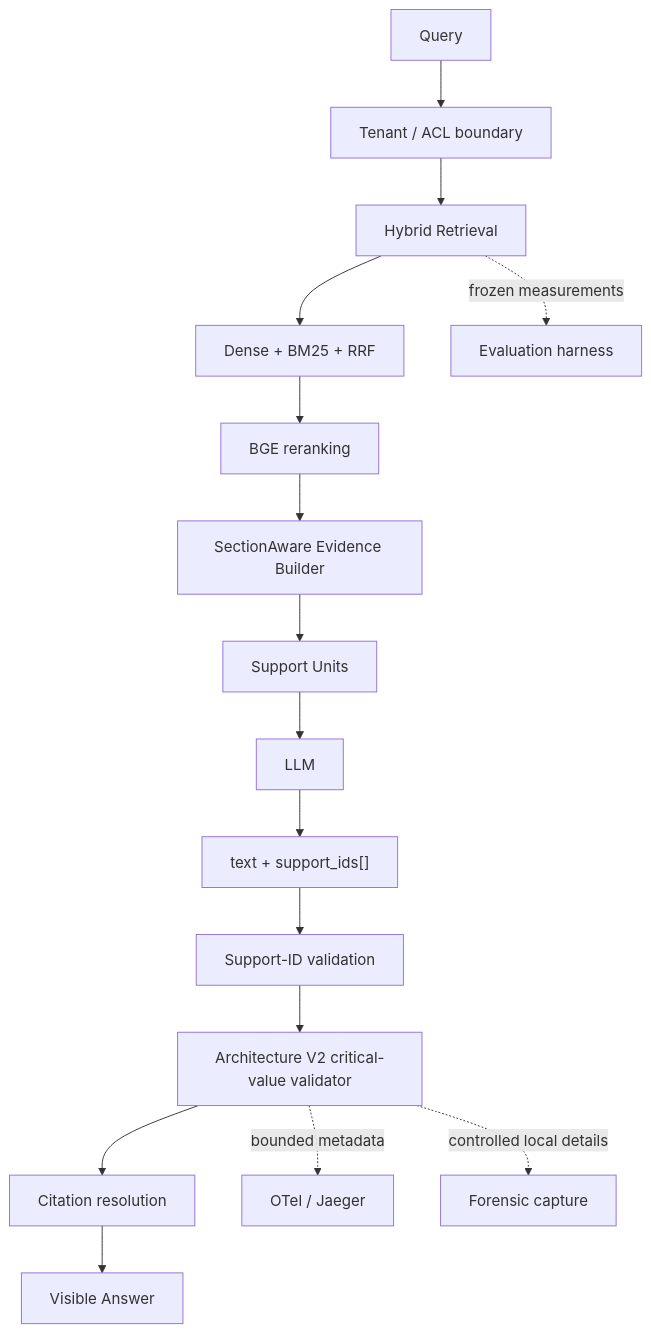
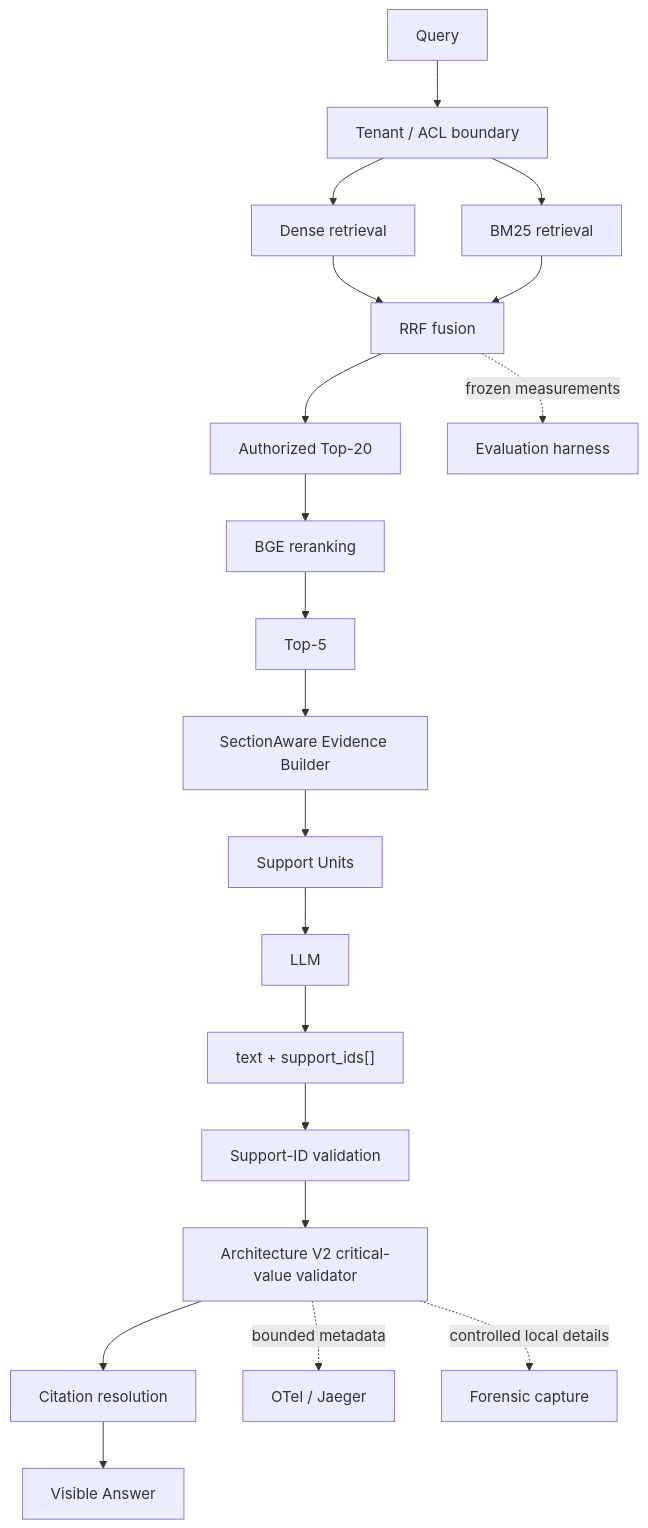
The diagram in README.md (negativexq/knowledge-base-rag), drawn with Mermaid before and after one commit. The commit also changed other lines of this file, not shown here.

````diff
--- a/README.md
+++ b/README.md
@@ -64,19 +89,23 @@
 ```mermaid
 flowchart TD
     Query[Query] --> ACL[Tenant / ACL boundary]
-    ACL --> Retrieve[Hybrid Retrieval]
-    Retrieve --> Dense[Dense + BM25 + RRF]
-    Dense --> Rerank[BGE reranking]
-    Rerank --> Evidence[SectionAware Evidence Builder]
+    ACL --> Dense[Dense retrieval]
+    ACL --> BM25[BM25 retrieval]
+    Dense --> RRF[RRF fusion]
+    BM25 --> RRF
+    RRF --> Candidates["Authorized Top-20"]
+    Candidates --> Rerank["BGE reranking"]
+    Rerank --> Top5["Top-5"]
+    Top5 --> Evidence[SectionAware Evidence Builder]
     Evidence --> Units[Support Units]
     Units --> LLM[LLM]
     LLM --> Answer["text + support_ids[]"]
     Answer --> Support[Support-ID validation]
     Support --> Critical[Architecture V2 critical-value validator]
     Critical --> Citation[Citation resolution]
     Citation --> Visible[Visible Answer]
 
     Critical -. bounded metadata .-> OTel[OTel / Jaeger]
     Critical -. controlled local details .-> Forensic[Forensic capture]
-    Retrieve -. frozen measurements .-> Eval[Evaluation harness]
+    RRF -. frozen measurements .-> Eval[Evaluation harness]
 ```
````
